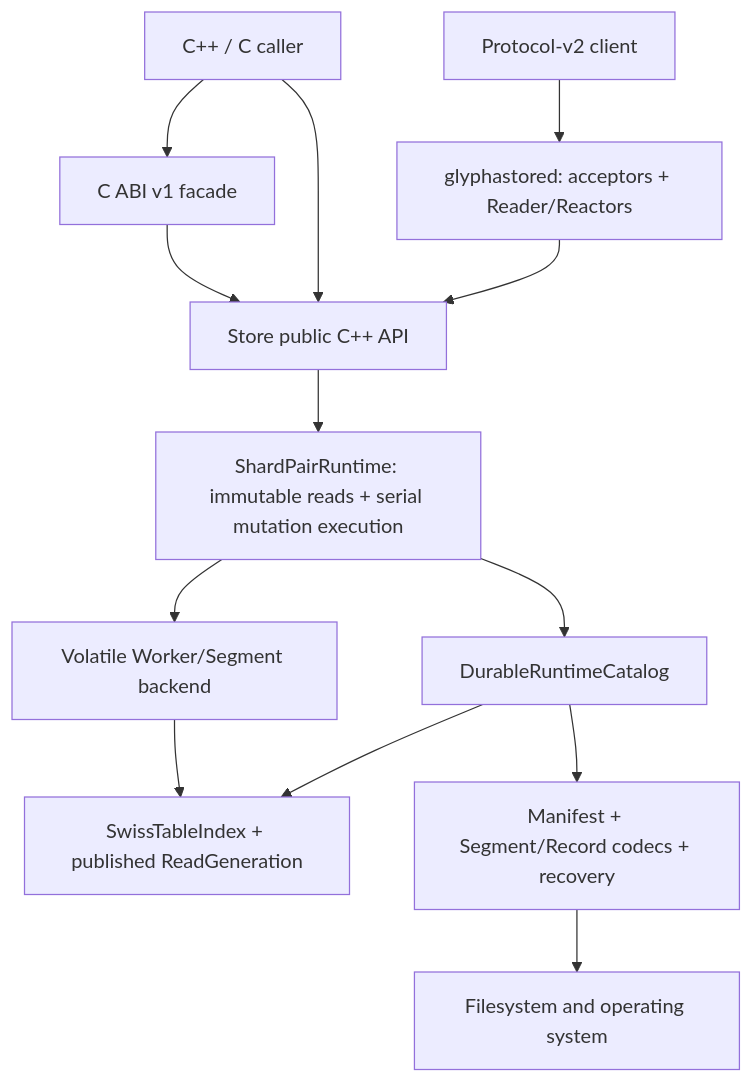
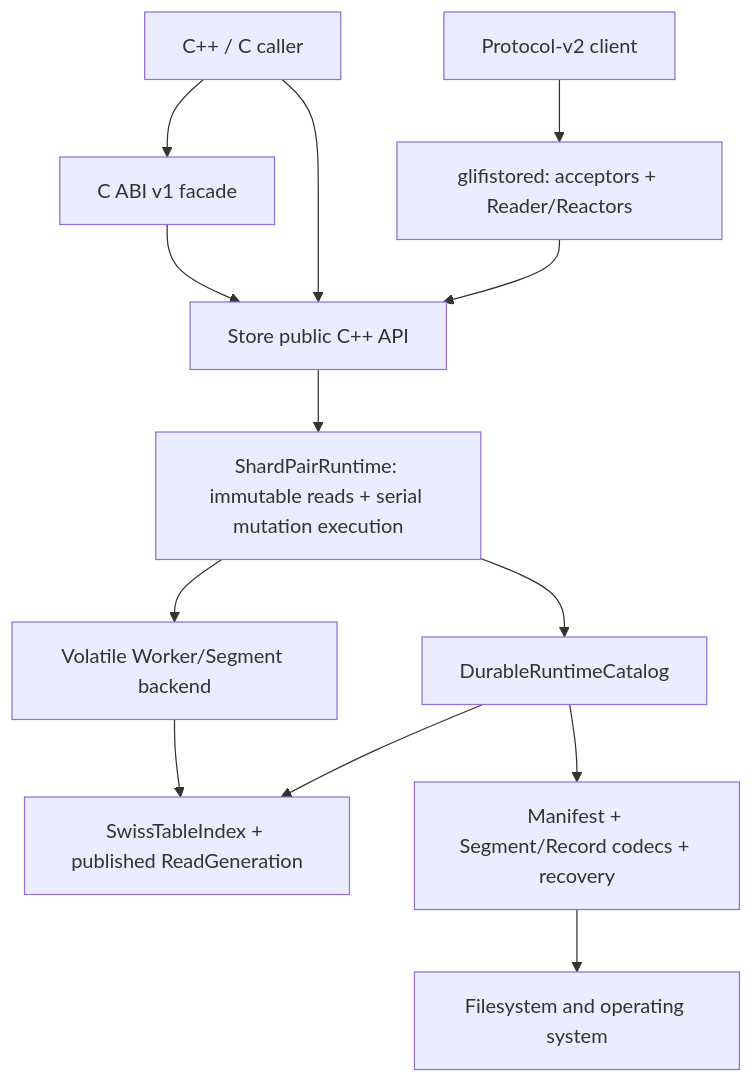
The first of 4 diagrams in docs/spec/architecture.md (gpicchiarelli/GlifiStore), drawn with Mermaid before and after one commit. The commit also changed other lines of this file and 2526 other files, not shown here.

````diff
--- a/docs/spec/architecture.md
+++ b/docs/spec/architecture.md
@@ -61,24 +61,24 @@
 ```mermaid
 flowchart TB
     Caller["C++ / C caller"]
     Client["Protocol-v2 client"]
-    Server["glyphastored: acceptors + Reader/Reactors"]
+    Server["glifistored: acceptors + Reader/Reactors"]
     ABI["C ABI v1 facade"]
     API["Store public C++ API"]
     Pair["ShardPairRuntime: immutable reads + serial mutation execution"]
     Volatile["Volatile Worker/Segment backend"]
     Durable["DurableRuntimeCatalog"]
     Index["SwissTableIndex + published ReadGeneration"]
     Persistence["Manifest + Segment/Record codecs + recovery"]
     OS["Filesystem and operating system"]
 
     Caller --> ABI --> API
     Caller --> API
     Client --> Server --> API
     API --> Pair
     Pair --> Volatile
     Pair --> Durable
     Volatile --> Index
     Durable --> Index
     Durable --> Persistence --> OS
 ```
````
